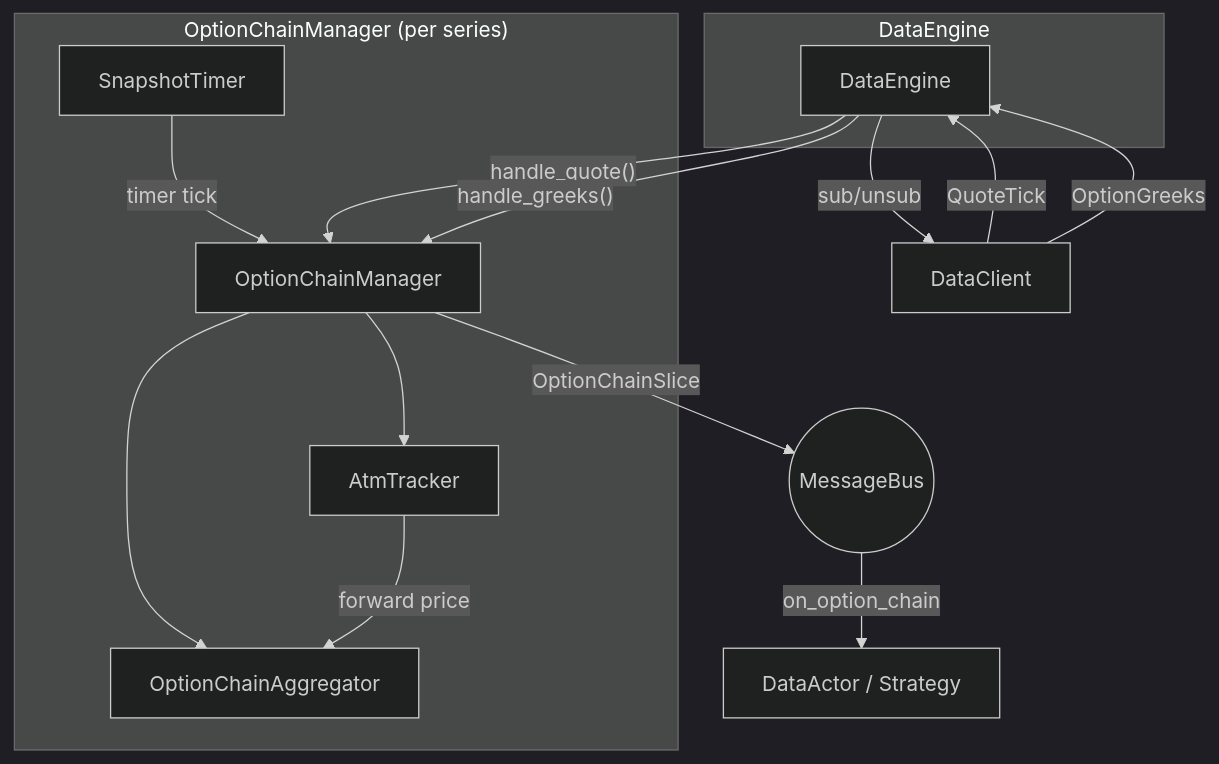
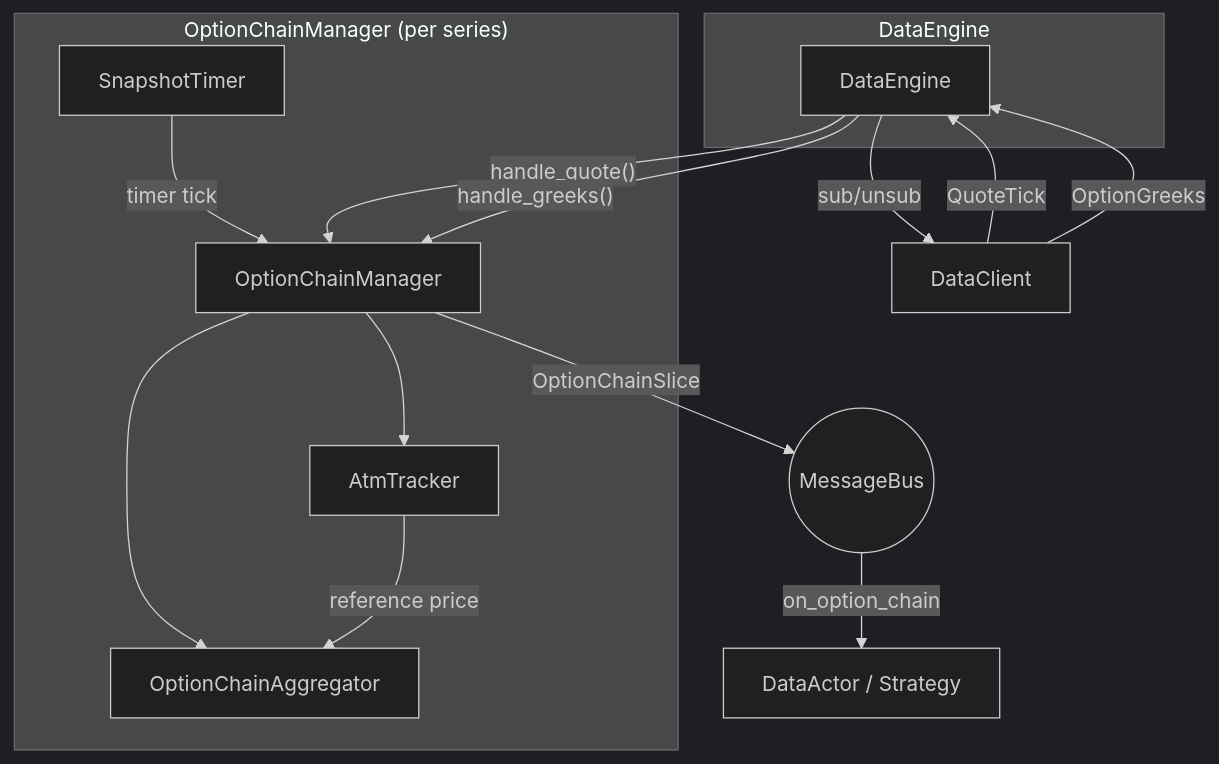
One commit to jishengyang-cal/NautilusTrader changed the diagram in docs/concepts/options.md. Above: the diagram before and after it, drawn with Mermaid (dark theme). The commit also changed other lines of this file and 52 other files, not shown here.

````diff
--- a/docs/concepts/options.md
+++ b/docs/concepts/options.md
@@ -243,25 +243,25 @@
 ```mermaid
 flowchart TD
     subgraph DataEngine
         DE[DataEngine]
     end
 
     subgraph "OptionChainManager (per series)"
         MGR[OptionChainManager]
         AGG[OptionChainAggregator]
         ATM[AtmTracker]
         TMR[SnapshotTimer]
     end
 
     DC[DataClient] -- QuoteTick --> DE
     DC -- OptionGreeks --> DE
     DE -- "handle_quote()" --> MGR
     DE -- "handle_greeks()" --> MGR
     MGR --> AGG
     MGR --> ATM
-    ATM -- "forward price" --> AGG
+    ATM -- "reference price" --> AGG
     TMR -- "timer tick" --> MGR
     MGR -- "OptionChainSlice" --> MB((MessageBus))
     MB -- "on_option_chain" --> S[DataActor / Strategy]
     DE -- "sub/unsub" --> DC
 ```
````
